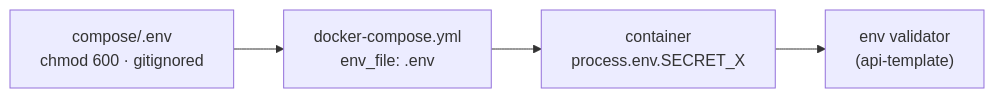
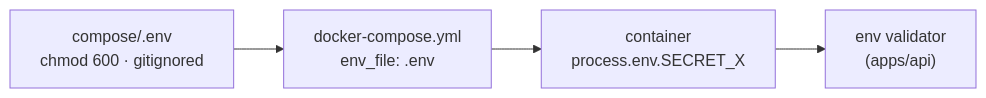
One commit to boringstack-xyz/boringstack changed the diagram in apps/docs/src/content/docs/infra/secrets.mdx. Above: the diagram before and after it, drawn with Mermaid. The commit also changed other lines of this file and 122 other files, not shown here.

First line of the commit message:
refactor: update references from api-template to boringstack-api and ui-template to apps/ui

````diff
--- a/apps/docs/src/content/docs/infra/secrets.mdx
+++ b/apps/docs/src/content/docs/infra/secrets.mdx
@@ -33,8 +33,8 @@
 ```mermaid
 flowchart LR
   envfile["compose/.env<br/>chmod 600 · gitignored"]
   compose["docker-compose.yml<br/>env_file: .env"]
   container["container<br/>process.env.SECRET_X"]
-  validator["env validator<br/>(api-template)"]
+  validator["env validator<br/>(apps/api)"]
   envfile --> compose --> container --> validator
 ```
````
